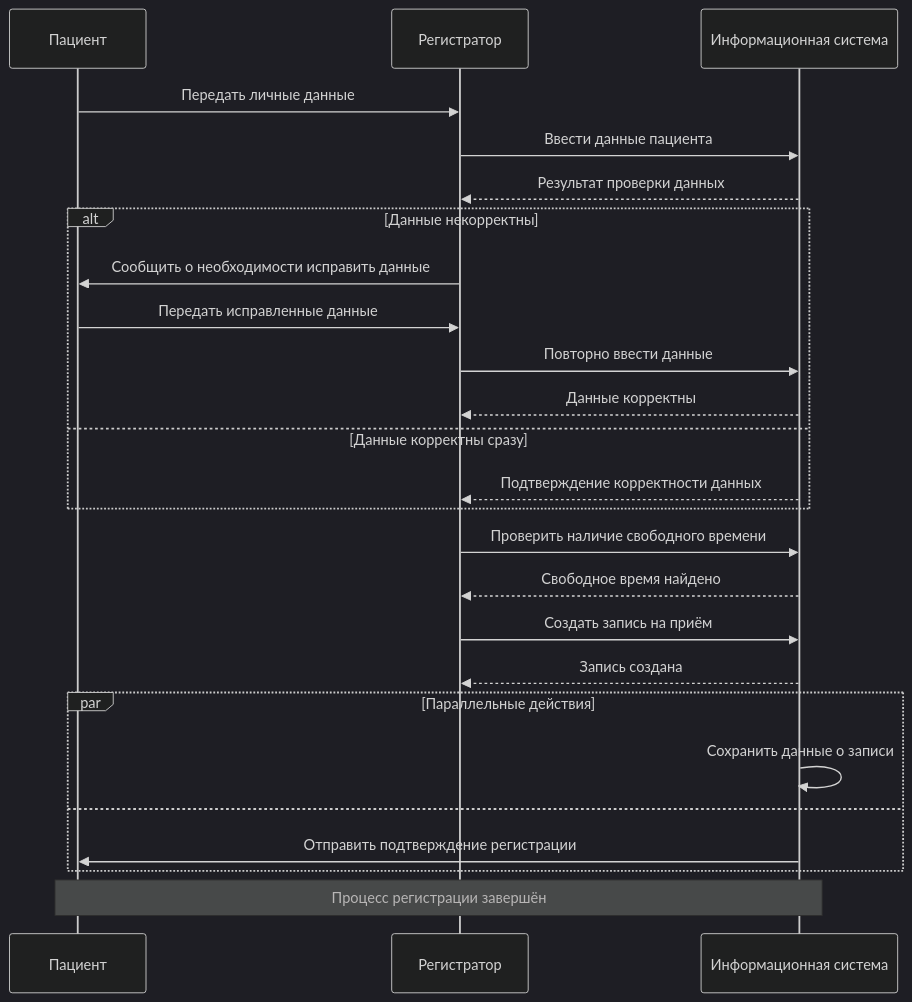
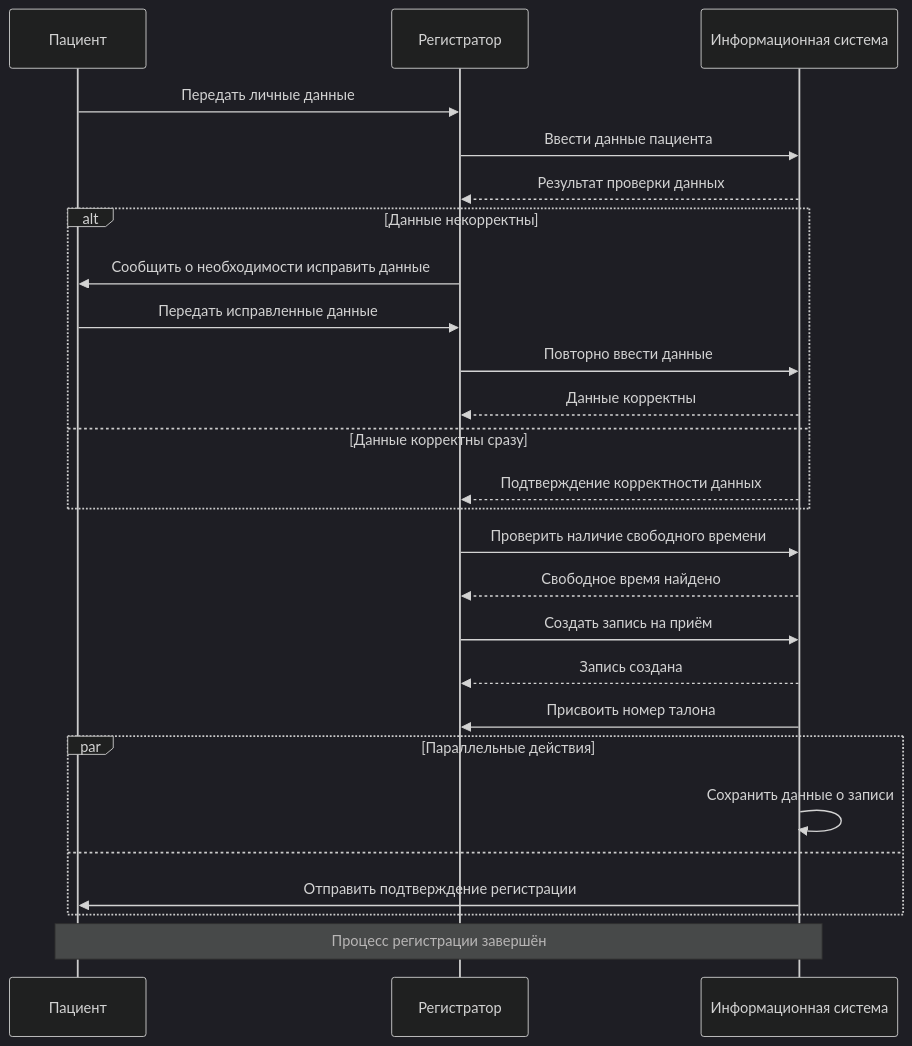
The diagram in lab1/docs/sequence.md (gvwlwia/visual-programming-labs-Gavrilik), drawn with Mermaid (dark theme) before and after one commit. The commit also changed 3 other files, not shown here.

Commit message:
Update Activity and Mermaid diagrams

````diff
--- a/lab1/docs/sequence.md
+++ b/lab1/docs/sequence.md
@@ -5,33 +5,34 @@
 ```mermaid
 sequenceDiagram
     participant P as Пациент
     participant R as Регистратор
     participant S as Информационная система
 
     P->>R: Передать личные данные
     R->>S: Ввести данные пациента
     S-->>R: Результат проверки данных
 
     alt Данные некорректны
         R->>P: Сообщить о необходимости исправить данные
         P->>R: Передать исправленные данные
         R->>S: Повторно ввести данные
         S-->>R: Данные корректны
     else Данные корректны сразу
         S-->>R: Подтверждение корректности данных
     end
 
     R->>S: Проверить наличие свободного времени
     S-->>R: Свободное время найдено
 
     R->>S: Создать запись на приём
     S-->>R: Запись создана
+    S->>R: Присвоить номер талона
 
     par Параллельные действия
         S->>S: Сохранить данные о записи
     and
         S->>P: Отправить подтверждение регистрации
     end
 
     Note over P,S: Процесс регистрации завершён
 ```
````
